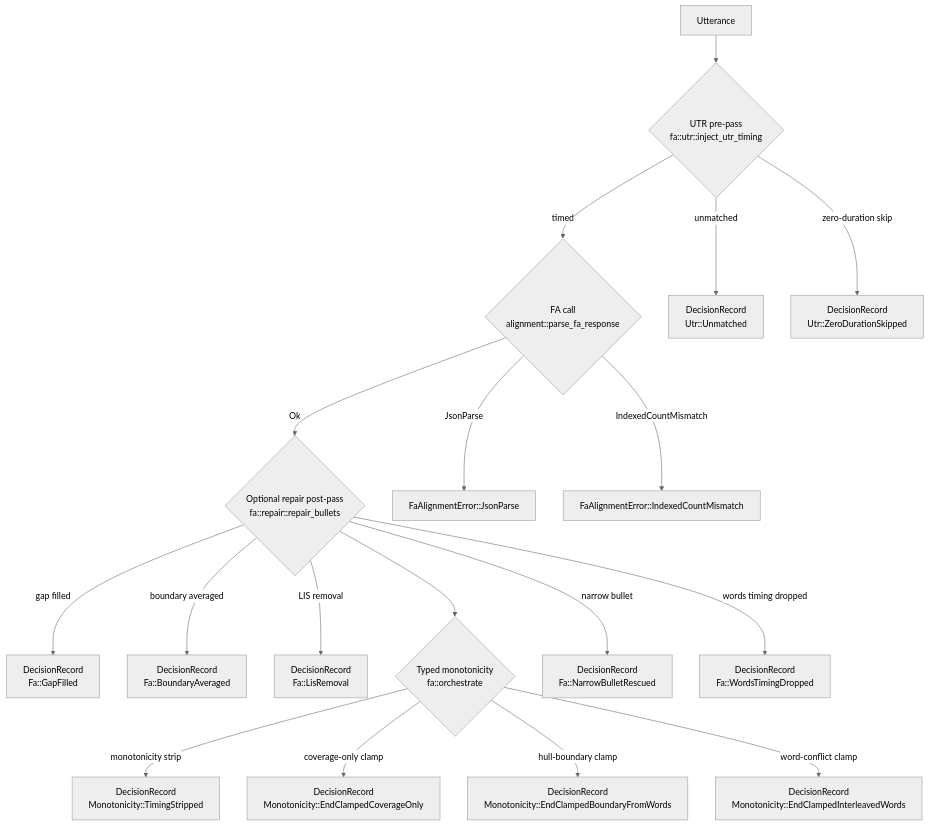
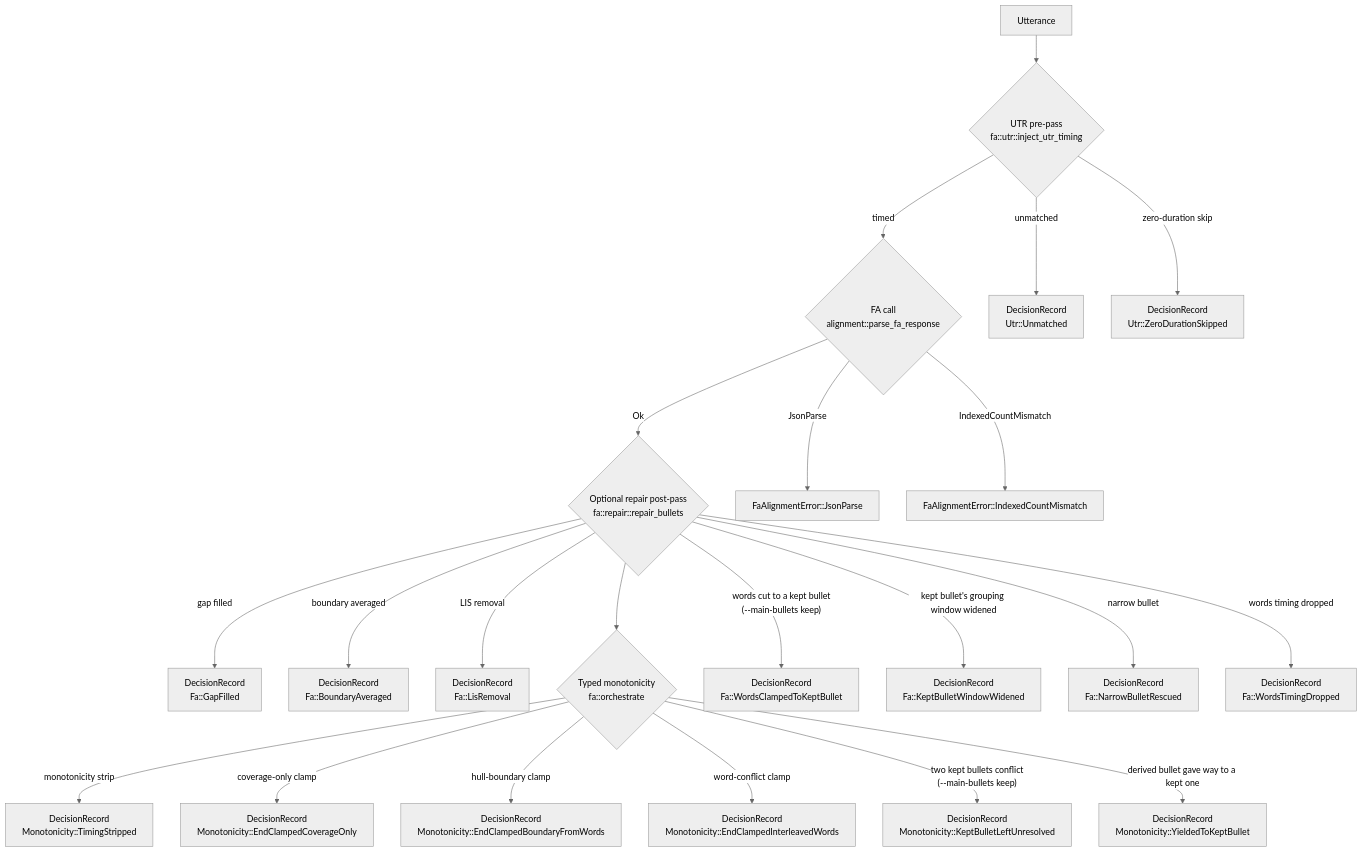
Before and after one commit to FranklinChen/talkbank-tools: the sixth of 9 diagrams in book/src/batchalign/architecture/pipeline-decisions.md, drawn with Mermaid (neutral theme). The commit also changed other lines of this file and 34 other files, not shown here.

First line of the commit message:
align: --main-bullets keep treats the input's utterance bullets as authoritative

````diff
--- a/book/src/batchalign/architecture/pipeline-decisions.md
+++ b/book/src/batchalign/architecture/pipeline-decisions.md
@@ -260,23 +260,27 @@
 ```mermaid
 flowchart TD
     U["Utterance"] --> UTR
     UTR{"UTR pre-pass<br/>fa::utr::inject_utr_timing"}
     UTR -->|"timed"| FA
     UTR -->|"unmatched"| UD1["DecisionRecord<br/>Utr::Unmatched"]
     UTR -->|"zero-duration skip"| UD2["DecisionRecord<br/>Utr::ZeroDurationSkipped"]
     FA{"FA call<br/>alignment::parse_fa_response"}
     FA -->|"Ok"| Rep
     FA -->|"JsonParse"| FE1["FaAlignmentError::JsonParse"]
     FA -->|"IndexedCountMismatch"| FE2["FaAlignmentError::IndexedCountMismatch"]
     Rep{"Optional repair post-pass<br/>fa::repair::repair_bullets"}
     Rep -->|"gap filled"| FD1["DecisionRecord<br/>Fa::GapFilled"]
     Rep -->|"boundary averaged"| FD2["DecisionRecord<br/>Fa::BoundaryAveraged"]
     Rep -->|"LIS removal"| FD3["DecisionRecord<br/>Fa::LisRemoval"]
     Rep --> Mono{"Typed monotonicity<br/>fa::orchestrate"}
     Mono -->|"monotonicity strip"| FD4["DecisionRecord<br/>Monotonicity::TimingStripped"]
     Mono -->|"coverage-only clamp"| FD5a["DecisionRecord<br/>Monotonicity::EndClampedCoverageOnly"]
     Mono -->|"hull-boundary clamp"| FD5b["DecisionRecord<br/>Monotonicity::EndClampedBoundaryFromWords"]
     Mono -->|"word-conflict clamp"| FD5c["DecisionRecord<br/>Monotonicity::EndClampedInterleavedWords"]
+    Mono -->|"two kept bullets conflict<br/>(--main-bullets keep)"| FD5d["DecisionRecord<br/>Monotonicity::KeptBulletLeftUnresolved"]
+    Mono -->|"derived bullet gave way to a kept one"| FD5e["DecisionRecord<br/>Monotonicity::YieldedToKeptBullet"]
+    Rep -->|"words cut to a kept bullet<br/>(--main-bullets keep)"| FD8["DecisionRecord<br/>Fa::WordsClampedToKeptBullet"]
+    Rep -->|"kept bullet's grouping window widened"| FD9["DecisionRecord<br/>Fa::KeptBulletWindowWidened"]
     Rep -->|"narrow bullet"| FD6["DecisionRecord<br/>Fa::NarrowBulletRescued"]
     Rep -->|"words timing dropped"| FD7["DecisionRecord<br/>Fa::WordsTimingDropped"]
 ```
````
